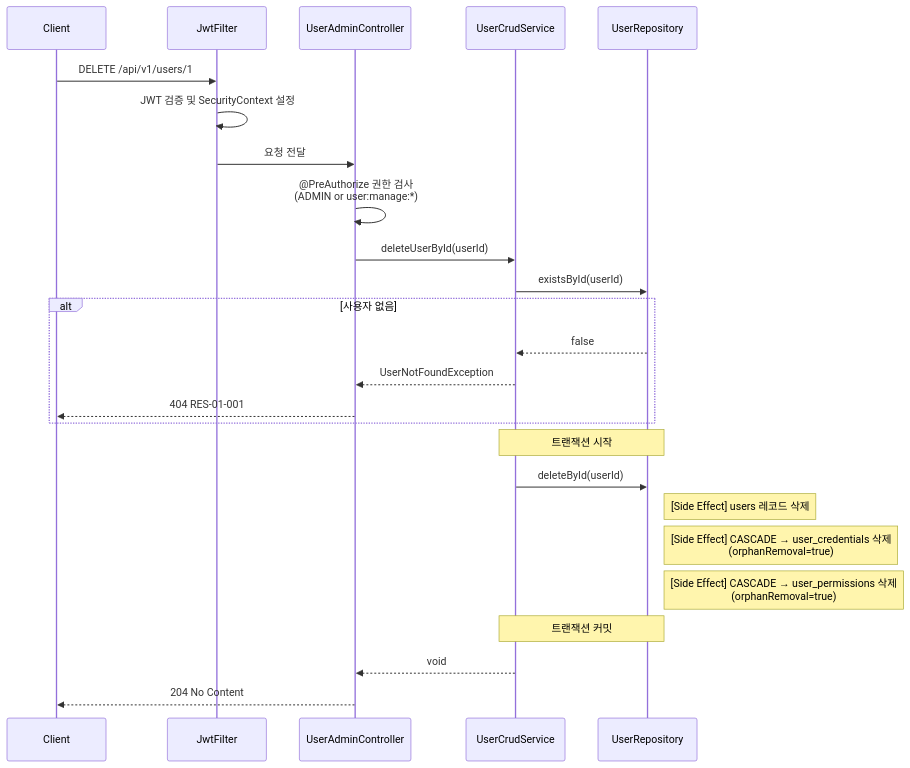
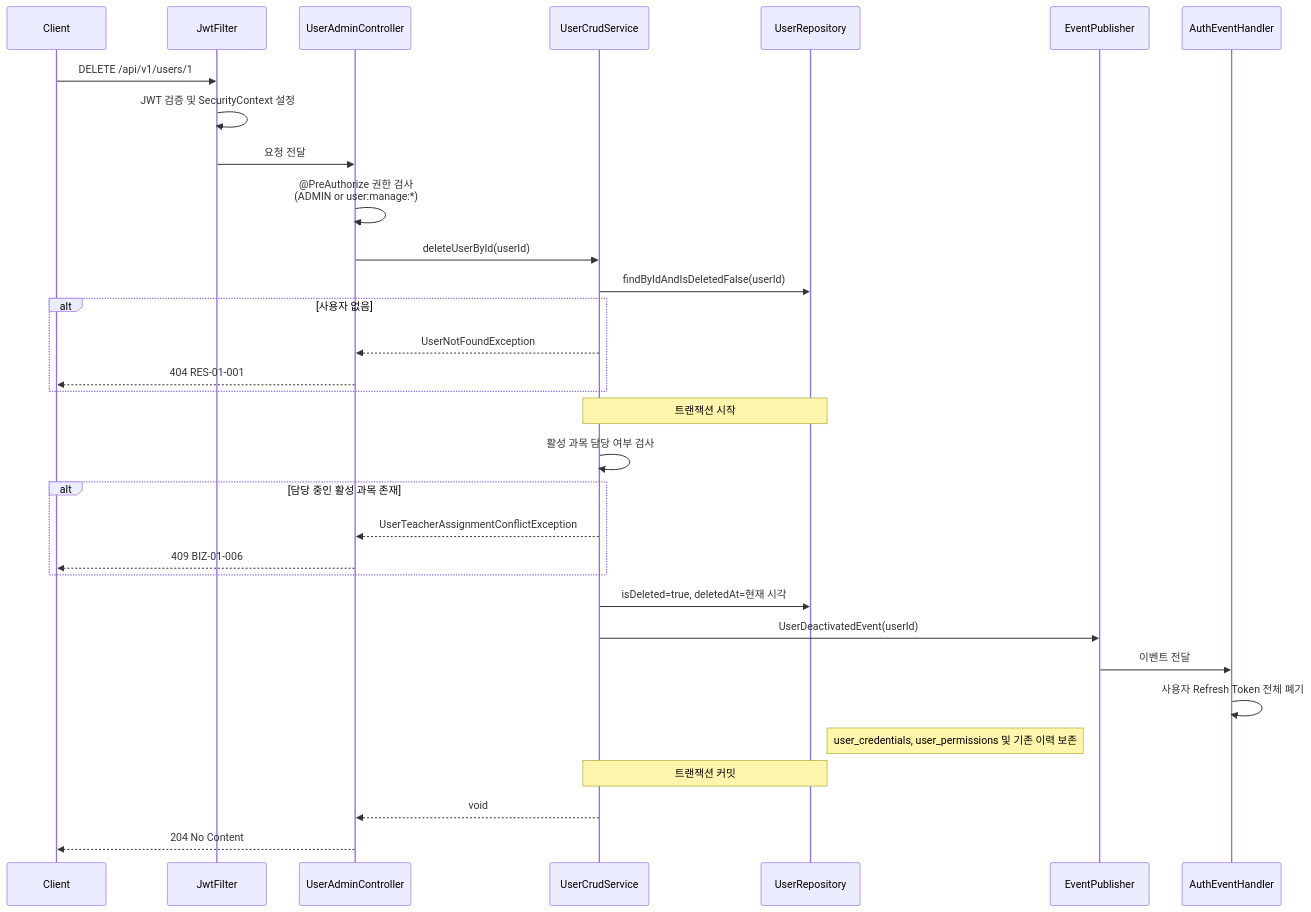
The fifth of 10 diagrams in docs/Domain/User/SequenceDiagram.md (Geumjeongyahak/Backend), drawn with Mermaid before and after one commit. The commit also changed other lines of this file and 10 other files, not shown here.

````diff
--- a/docs/Domain/User/SequenceDiagram.md
+++ b/docs/Domain/User/SequenceDiagram.md
@@ -202,31 +202,38 @@
 ```mermaid
 sequenceDiagram
     participant Client
     participant JwtFilter
     participant UserAdminController
     participant UserCrudService
     participant UserRepository
+    participant EventPublisher
+    participant AuthEventHandler
 
     Client->>JwtFilter: DELETE /api/v1/users/1
     JwtFilter->>JwtFilter: JWT 검증 및 SecurityContext 설정
     JwtFilter->>UserAdminController: 요청 전달
     UserAdminController->>UserAdminController: @PreAuthorize 권한 검사<br/>(ADMIN or user:manage:*)
     UserAdminController->>UserCrudService: deleteUserById(userId)
 
-    UserCrudService->>UserRepository: existsById(userId)
+    UserCrudService->>UserRepository: findByIdAndIsDeletedFalse(userId)
     alt 사용자 없음
-        UserRepository-->>UserCrudService: false
         UserCrudService-->>UserAdminController: UserNotFoundException
         UserAdminController-->>Client: 404 RES-01-001
     end
 
     Note over UserCrudService,UserRepository: 트랜잭션 시작
-    UserCrudService->>UserRepository: deleteById(userId)
-    Note right of UserRepository: [Side Effect] users 레코드 삭제
-    Note right of UserRepository: [Side Effect] CASCADE → user_credentials 삭제<br/>(orphanRemoval=true)
-    Note right of UserRepository: [Side Effect] CASCADE → user_permissions 삭제<br/>(orphanRemoval=true)
+    UserCrudService->>UserCrudService: 활성 과목 담당 여부 검사
+    alt 담당 중인 활성 과목 존재
+        UserCrudService-->>UserAdminController: UserTeacherAssignmentConflictException
+        UserAdminController-->>Client: 409 BIZ-01-006
+    end
+    UserCrudService->>UserRepository: isDeleted=true, deletedAt=현재 시각
+    UserCrudService->>EventPublisher: UserDeactivatedEvent(userId)
+    EventPublisher->>AuthEventHandler: 이벤트 전달
+    AuthEventHandler->>AuthEventHandler: 사용자 Refresh Token 전체 폐기
+    Note right of UserRepository: user_credentials, user_permissions 및 기존 이력 보존
     Note over UserCrudService,UserRepository: 트랜잭션 커밋
 
     UserCrudService-->>UserAdminController: void
     UserAdminController-->>Client: 204 No Content
 ```
````
